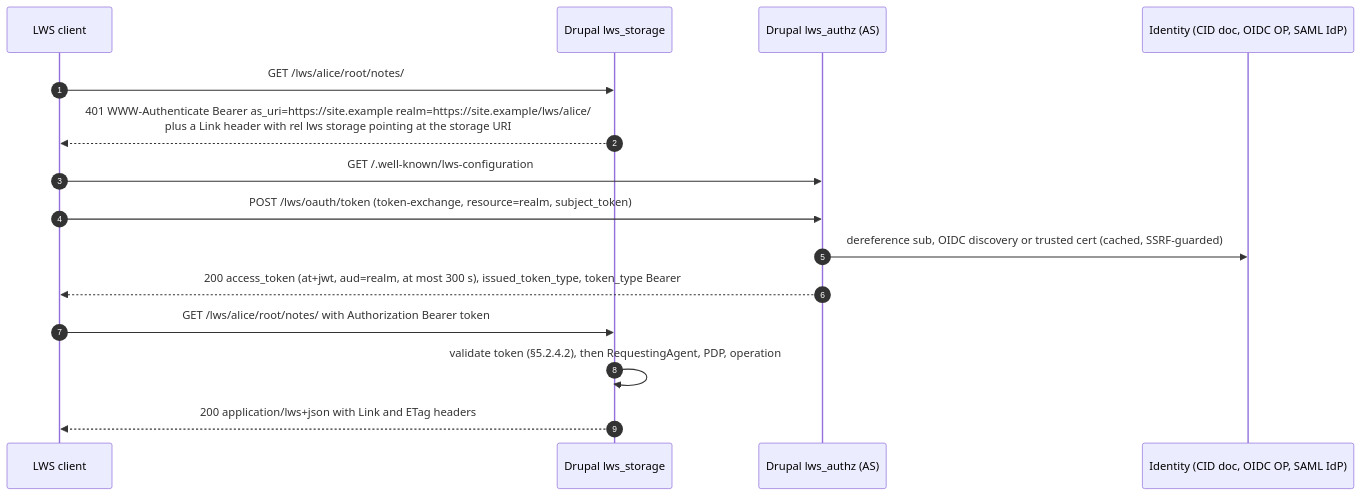
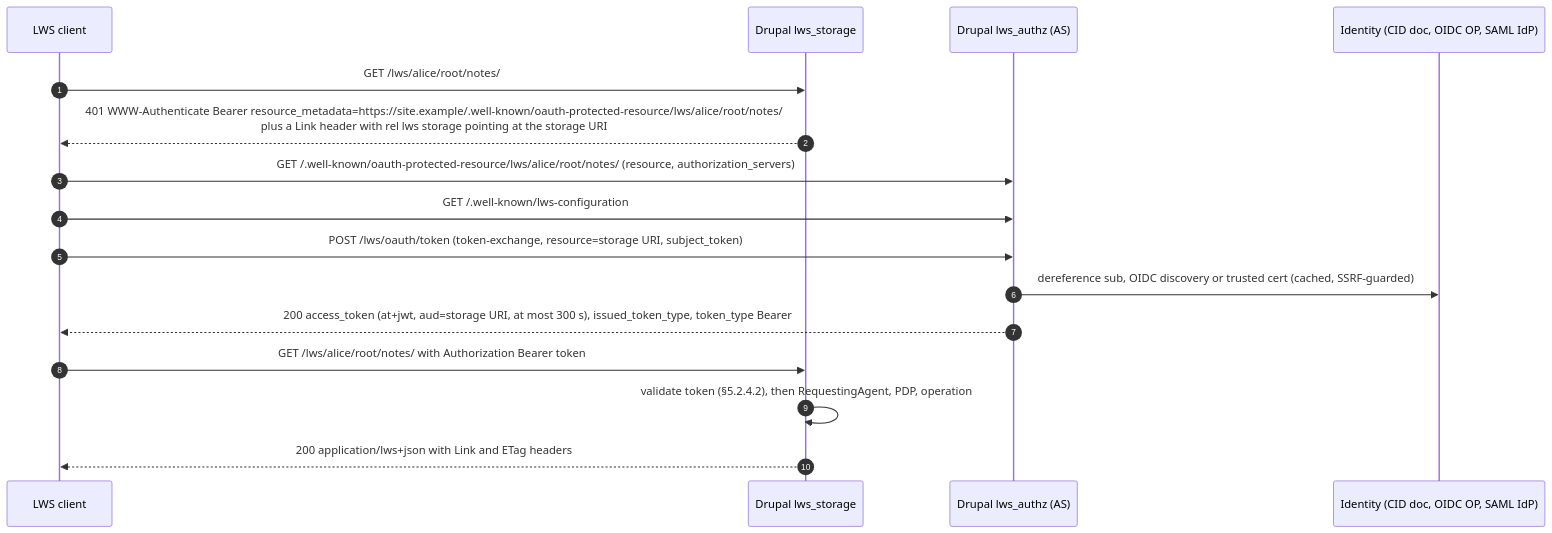
One commit to ebremer/lws-drupal changed the second of 2 diagrams in DESIGN.md. Above: the diagram before and after it, drawn with Mermaid. The commit also changed other lines of this file and 37 other files, not shown here.

````diff
--- a/DESIGN.md
+++ b/DESIGN.md
@@ -185,17 +185,18 @@
 ```mermaid
 sequenceDiagram
   autonumber
   participant C as LWS client
   participant S as Drupal lws_storage
   participant A as Drupal lws_authz (AS)
   participant I as Identity (CID doc, OIDC OP, SAML IdP)
   C->>S: GET /lws/alice/root/notes/
-  S-->>C: 401 WWW-Authenticate Bearer as_uri=https://site.example realm=https://site.example/lws/alice/<br/>plus a Link header with rel lws storage pointing at the storage URI
+  S-->>C: 401 WWW-Authenticate Bearer resource_metadata=https://site.example/.well-known/oauth-protected-resource/lws/alice/root/notes/<br/>plus a Link header with rel lws storage pointing at the storage URI
+  C->>A: GET /.well-known/oauth-protected-resource/lws/alice/root/notes/ (resource, authorization_servers)
   C->>A: GET /.well-known/lws-configuration
-  C->>A: POST /lws/oauth/token (token-exchange, resource=realm, subject_token)
+  C->>A: POST /lws/oauth/token (token-exchange, resource=storage URI, subject_token)
   A->>I: dereference sub, OIDC discovery or trusted cert (cached, SSRF-guarded)
-  A-->>C: 200 access_token (at+jwt, aud=realm, at most 300 s), issued_token_type, token_type Bearer
+  A-->>C: 200 access_token (at+jwt, aud=storage URI, at most 300 s), issued_token_type, token_type Bearer
   C->>S: GET /lws/alice/root/notes/ with Authorization Bearer token
   S->>S: validate token (§5.2.4.2), then RequestingAgent, PDP, operation
   S-->>C: 200 application/lws+json with Link and ETag headers
 ```
````
